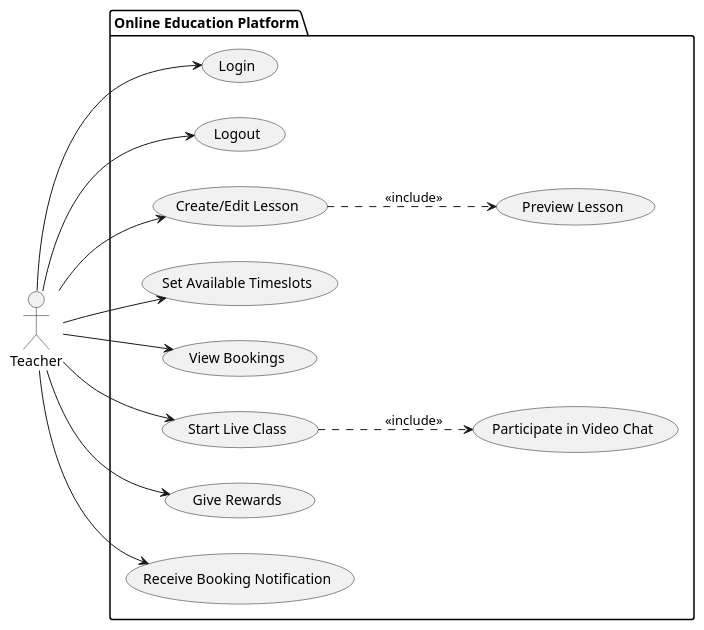
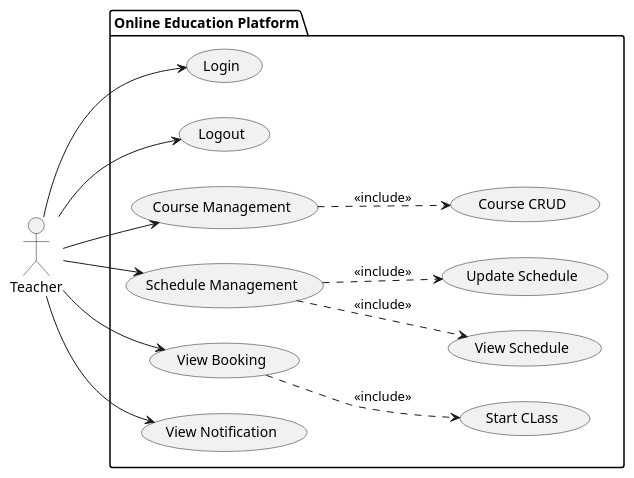
The diagram in uml/TeacherUseCase.puml (albert-newton-liu/OnlineEducationPlatform), drawn with PlantUML before and after one commit. The commit also changed 83 other files, not shown here.

```diff
--- a/uml/TeacherUseCase.puml
+++ b/uml/TeacherUseCase.puml
@@ -1,32 +1,35 @@
 @startuml TeacherUseCases
 
 left to right direction
 
 actor Teacher as teacher
 
 package "Online Education Platform" {
 
     usecase "Login" as UC2
     usecase "Logout" as UC3
-    usecase "Create/Edit Lesson" as UC4
-    usecase "Preview Lesson" as UC5
-    usecase "Set Available Timeslots" as UC6
-    usecase "View Bookings" as UC7
-    usecase "Start Live Class" as UC8
-    usecase "Give Rewards" as UC9
-    usecase "Receive Booking Notification" as UC10
-    usecase "Participate in Video Chat" as UC11
+    usecase "Course Management" as UC4
+    usecase "Course CRUD" as UC5
+    usecase "Schedule Management" as UC6
+    usecase "View Schedule" as UC7
+    usecase "Update Schedule" as UC8
+
+    usecase "View Booking" as UC9
+    usecase "Start CLass" as UC10
+     usecase "View Notification" as UC11
 }
 
 teacher --> UC2
 teacher --> UC3
 teacher --> UC4
 UC4 ..> UC5 : <<include>>
 teacher --> UC6
-teacher --> UC7
-teacher --> UC8
-UC8 ..> UC11 : <<include>>
+UC6 ..> UC7 : <<include>>
+UC6 ..>  UC8 : <<include>>
+
 teacher --> UC9
-teacher --> UC10
+UC9 ..>  UC10 : <<include>>
+
+teacher --> UC11
 
 @enduml
```
